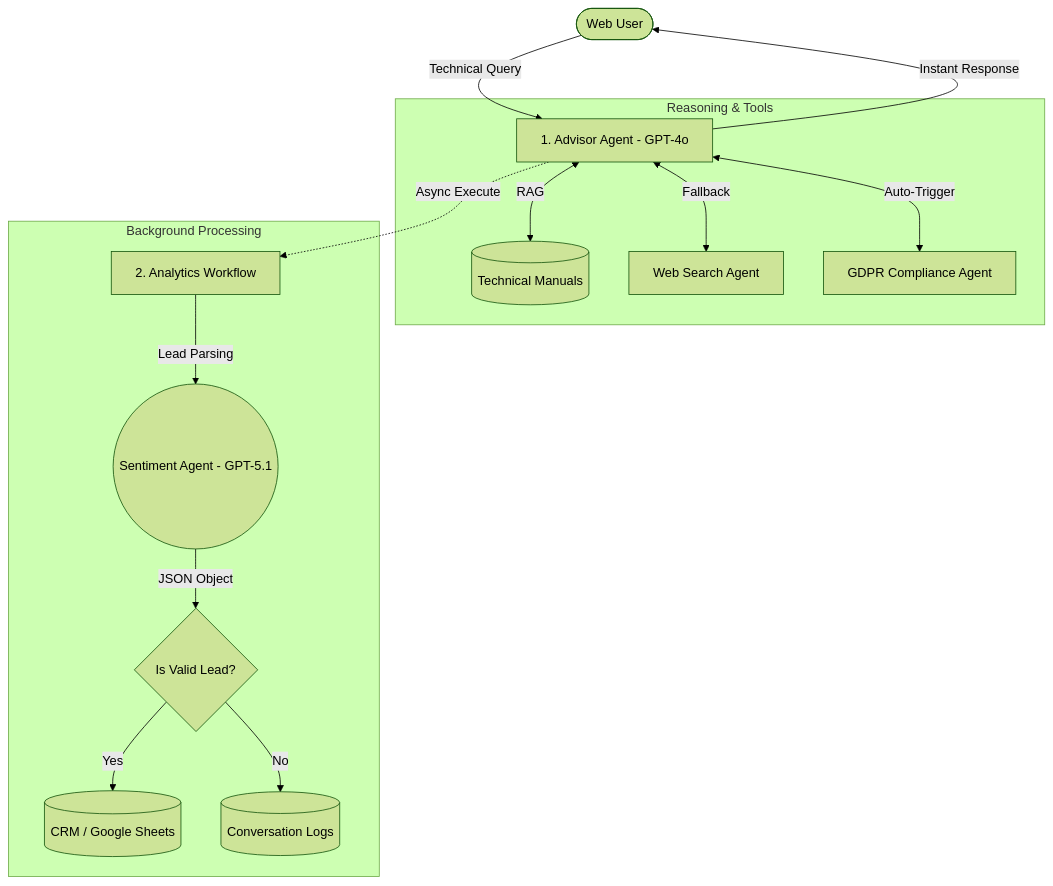
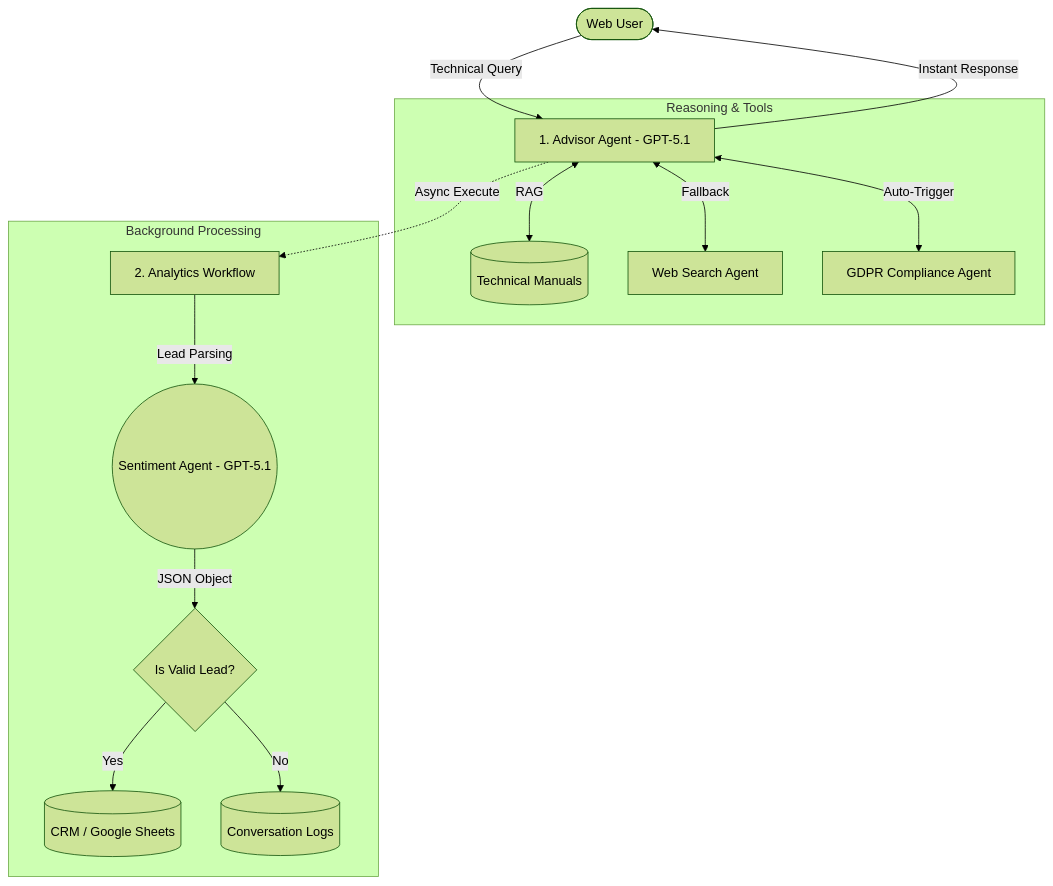
The diagram in README.md (tparzonka/expert-ai-sales-advisor-system), drawn with Mermaid (forest theme) before and after one commit.

````diff
--- a/README.md
+++ b/README.md
@@ -39,22 +39,22 @@
 ```mermaid
 graph TD
-    User([Web User]) -->|Technical Query| Frontend[1. Advisor Agent - GPT-4o]
+    User([Web User]) -->|Technical Query| Frontend[1. Advisor Agent - GPT-5.1]
     
     subgraph "Reasoning & Tools"
     Frontend <-->|RAG| VectorDB[(Technical Manuals)]
     Frontend <-->|Fallback| WebSearch[Web Search Agent]
     Frontend <-->|Auto-Trigger| GDPR[GDPR Compliance Agent]
     end
 
     Frontend -->|Instant Response| User
     
     %% Async Trigger
     Frontend -.->|Async Execute| Backend[2. Analytics Workflow]
     
     subgraph "Background Processing"
     Backend -->|Lead Parsing| LeadAgent((Sentiment Agent - GPT-5.1))
     LeadAgent -->|JSON Object| Qualifier{Is Valid Lead?}
     Qualifier -->|Yes| CRM[(CRM / Google Sheets)]
     Qualifier -->|No| Logs[(Conversation Logs)]
     end
 ```
````
